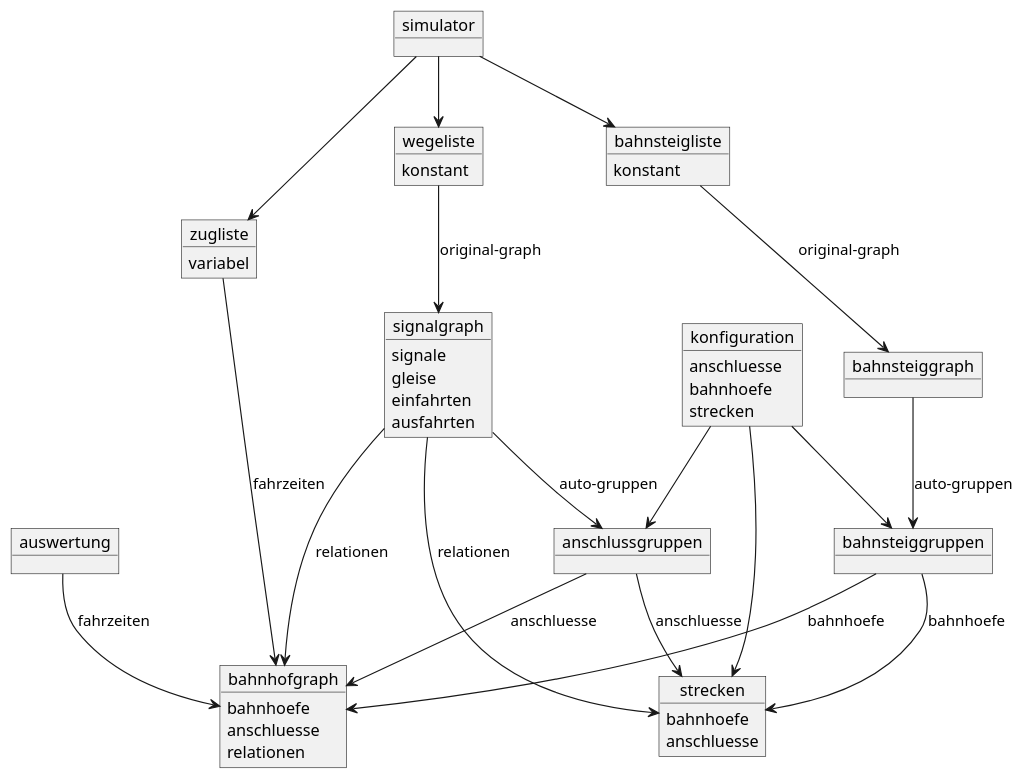
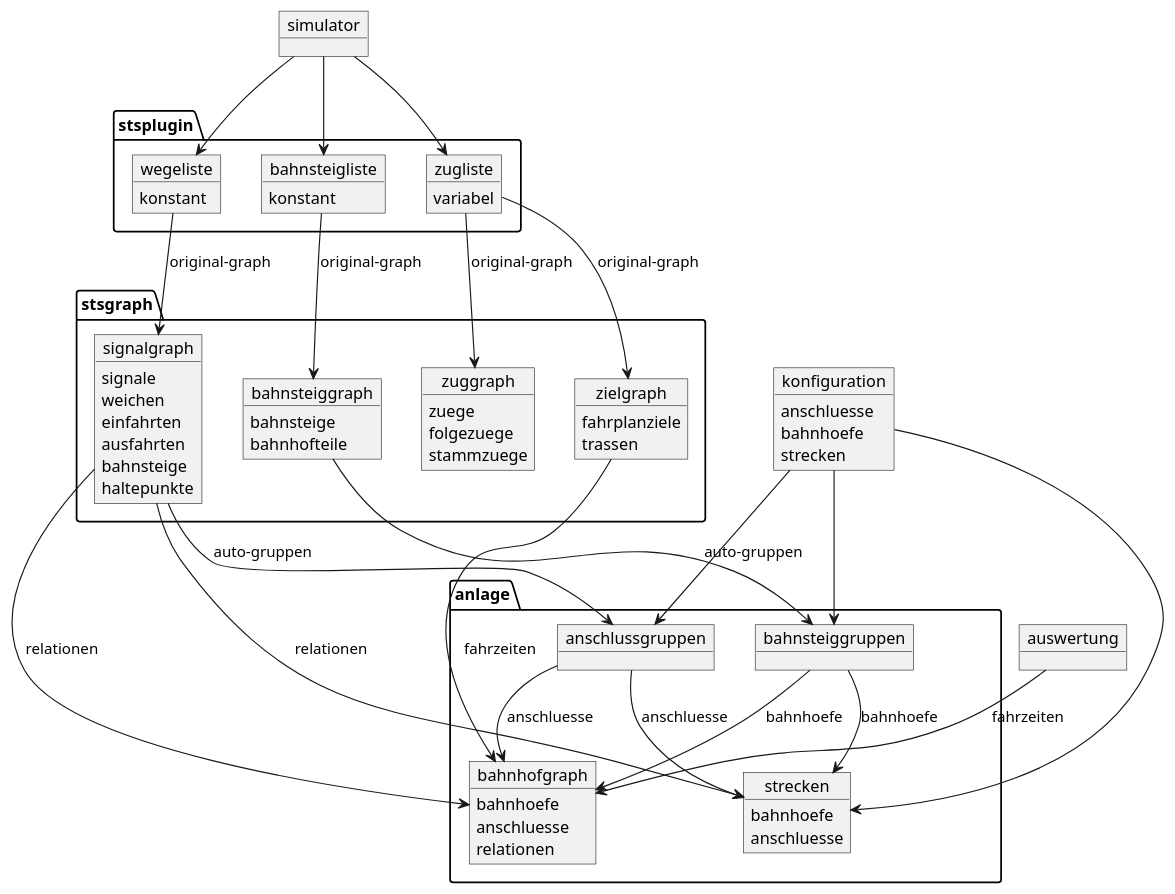
One commit to topological-state/stskit changed the diagram in research/anlage.puml. Above: the diagram before and after it, drawn with PlantUML. The commit also changed 3 other files, not shown here.

```diff
--- a/research/anlage.puml
+++ b/research/anlage.puml
@@ -1,67 +1,94 @@
 @startuml
 'https://plantuml.com/object-diagram
 
 object simulator
+
+package stsplugin {
+    object wegeliste
+        wegeliste : konstant
+
+    object bahnsteigliste
+        bahnsteigliste : konstant
+
+    object zugliste
+        zugliste : variabel
+
+}
+
+package stsgraph {
+    object signalgraph
+        signalgraph : signale
+        signalgraph : weichen
+        signalgraph : einfahrten
+        signalgraph : ausfahrten
+        signalgraph : bahnsteige
+        signalgraph : haltepunkte
+
+    object bahnsteiggraph
+        bahnsteiggraph : bahnsteige
+        bahnsteiggraph : bahnhofteile
+
+    object zuggraph
+        zuggraph : zuege
+        zuggraph : folgezuege
+        zuggraph : stammzuege
+
+    object zielgraph
+        zielgraph : fahrplanziele
+        zielgraph : trassen
+}
+
+
 object konfiguration
 konfiguration : anschluesse
 konfiguration : bahnhoefe
 konfiguration : strecken
 
-object zugliste
-zugliste : variabel
 
-object wegeliste
-wegeliste : konstant
-
-object bahnsteigliste
-bahnsteigliste : konstant
 
 object auswertung
 
-object signalgraph
-signalgraph : signale
-signalgraph : gleise
-signalgraph : einfahrten
-signalgraph : ausfahrten
-
+package anlage {
 object bahnhofgraph
 bahnhofgraph : bahnhoefe
 bahnhofgraph : anschluesse
 bahnhofgraph : relationen
-
-object bahnsteiggraph
 
 object anschlussgruppen
 object bahnsteiggruppen
 
 object strecken
 strecken : bahnhoefe
 strecken : anschluesse
+}
 
 simulator --> zugliste
 simulator --> wegeliste
 simulator --> bahnsteigliste
 
 wegeliste --> signalgraph : original-graph
 signalgraph --> anschlussgruppen : auto-gruppen
 
 bahnsteigliste --> bahnsteiggraph : original-graph
 bahnsteiggraph --> bahnsteiggruppen : auto-gruppen
 
-zugliste --> bahnhofgraph : fahrzeiten
+zugliste --> zuggraph : original-graph
+zugliste --> zielgraph : original-graph
+
+zielgraph --> bahnhofgraph : fahrzeiten
 bahnsteiggruppen --> bahnhofgraph : bahnhoefe
 anschlussgruppen --> bahnhofgraph : anschluesse
 
 signalgraph --> strecken : relationen
 signalgraph --> bahnhofgraph : relationen
 bahnsteiggruppen --> strecken : bahnhoefe
 anschlussgruppen --> strecken : anschluesse
 
 konfiguration --> bahnsteiggruppen
 konfiguration --> anschlussgruppen
 konfiguration --> strecken
 
 auswertung --> bahnhofgraph : fahrzeiten
 'strecken --> bahnhofgraph : relationen
 
 @enduml
```
